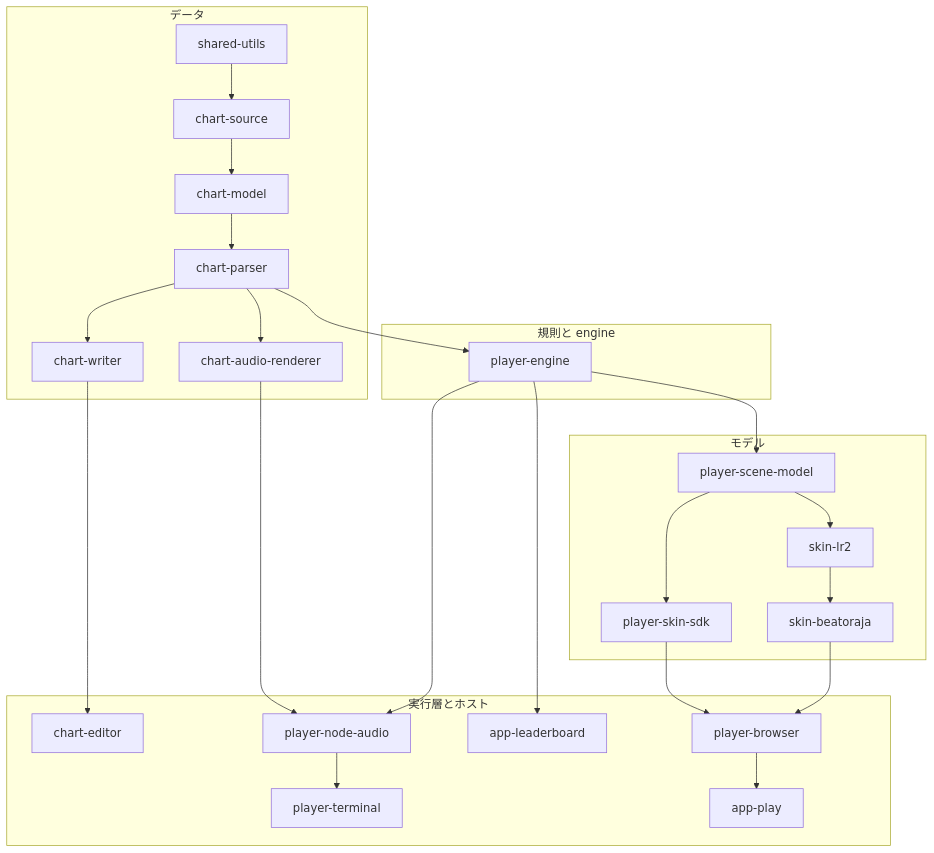
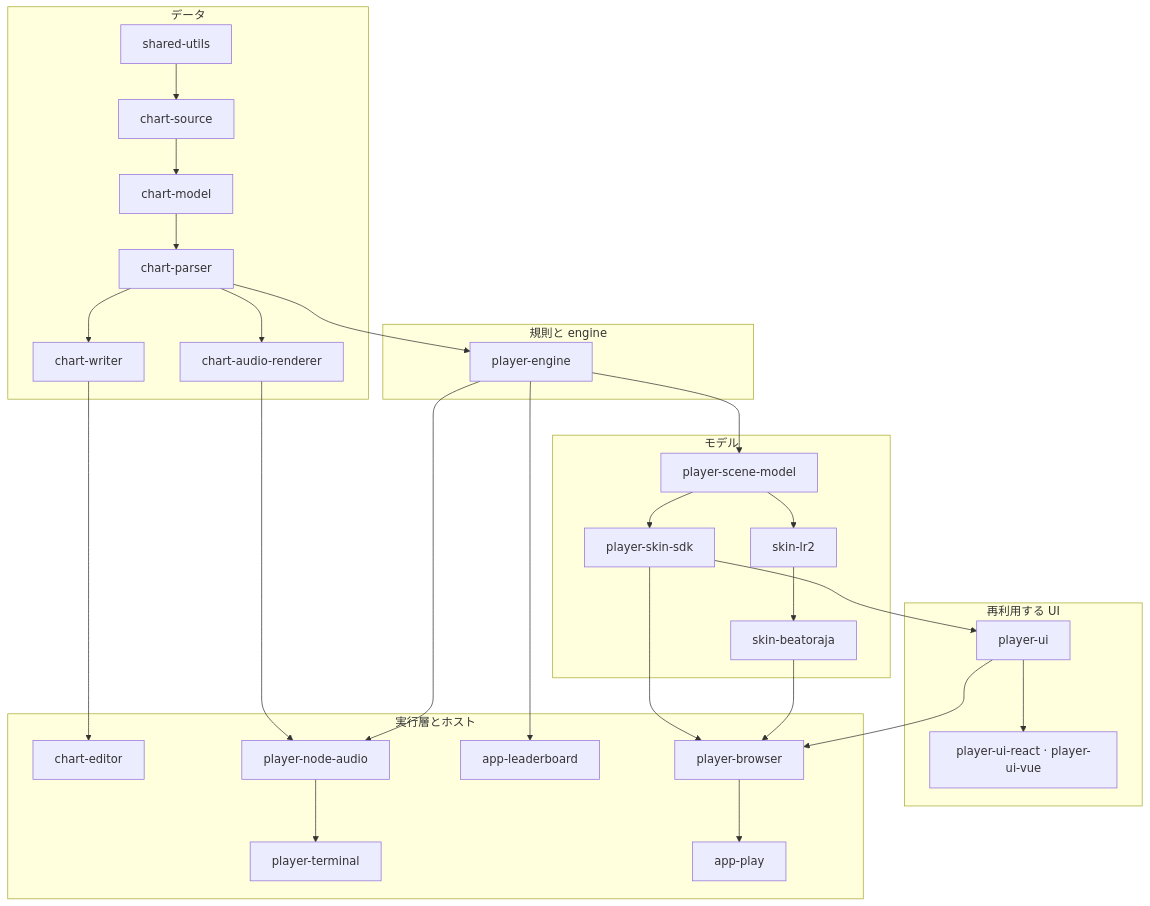
One commit to nulltask/be-music changed the first of 2 diagrams in README.ja.md. Above: the diagram before and after it, drawn with Mermaid. The commit also changed other lines of this file and 15 other files, not shown here.

Commit message:
docs: refresh player architecture and integration guides [ci skip]

````diff
--- a/README.ja.md
+++ b/README.ja.md
@@ -31,37 +32,44 @@
 ```mermaid
 flowchart TD
   subgraph data["データ"]
     utils["shared-utils"] --> json["chart-source"] --> chart["chart-model"] --> parser["chart-parser"]
     parser --> chart-writer["chart-writer"]
     parser --> renderer["chart-audio-renderer"]
   end
   subgraph rules["規則と engine"]
     player["player-engine"]
   end
   subgraph models["モデル"]
     scene["player-scene-model"]
     sdk["player-skin-sdk"]
     lr2["skin-lr2"]
     beatoraja["skin-beatoraja"]
   end
+  subgraph presentation["再利用する UI"]
+    ui["player-ui"]
+    wrappers["player-ui-react · player-ui-vue"]
+  end
+
   subgraph hosts["実行層とホスト"]
     editor["chart-editor"]
     tui["player-terminal"]
     nodeaudio["player-node-audio"]
     lb["app-leaderboard"]
     web["player-browser"]
     demo["app-play"]
   end
 
   chart-writer --> editor
   parser --> player
   renderer --> nodeaudio
   player --> scene
   player --> nodeaudio --> tui
   player --> lb
   scene --> sdk
   scene --> lr2 --> beatoraja
+  sdk --> ui --> web
+  ui --> wrappers
   sdk --> web
   beatoraja --> web
   web --> demo
 ```
````
